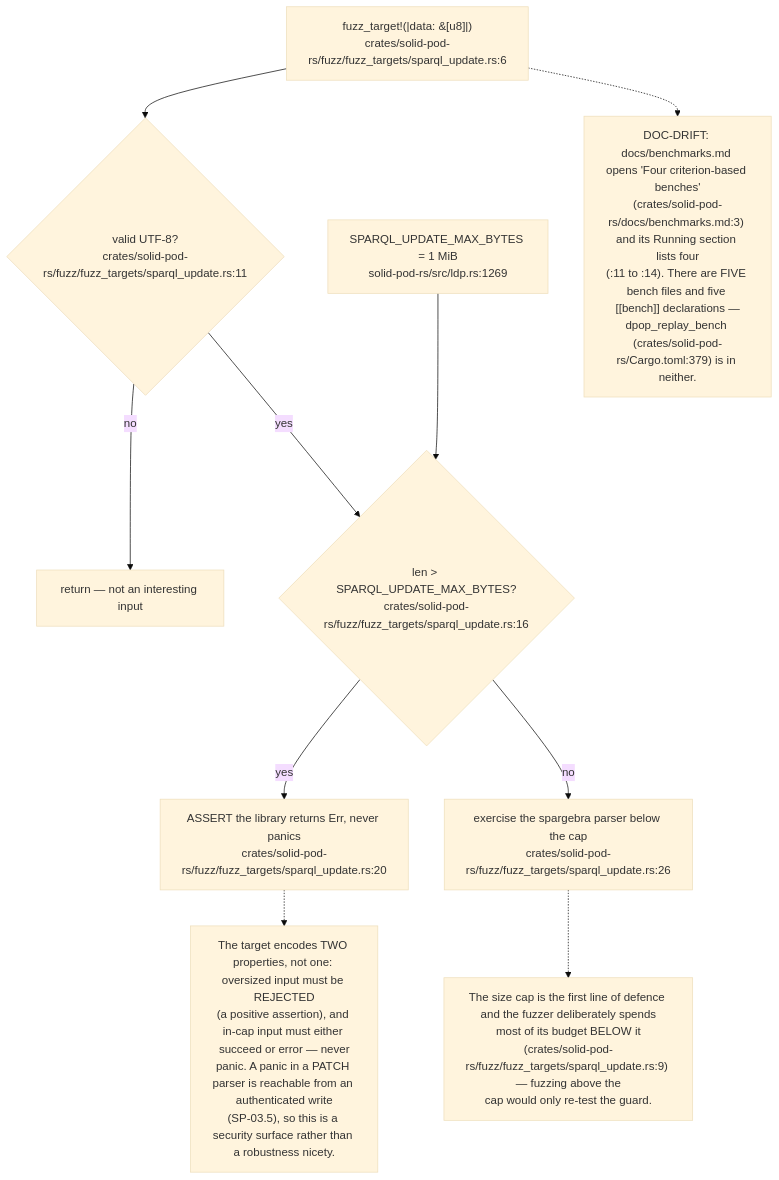
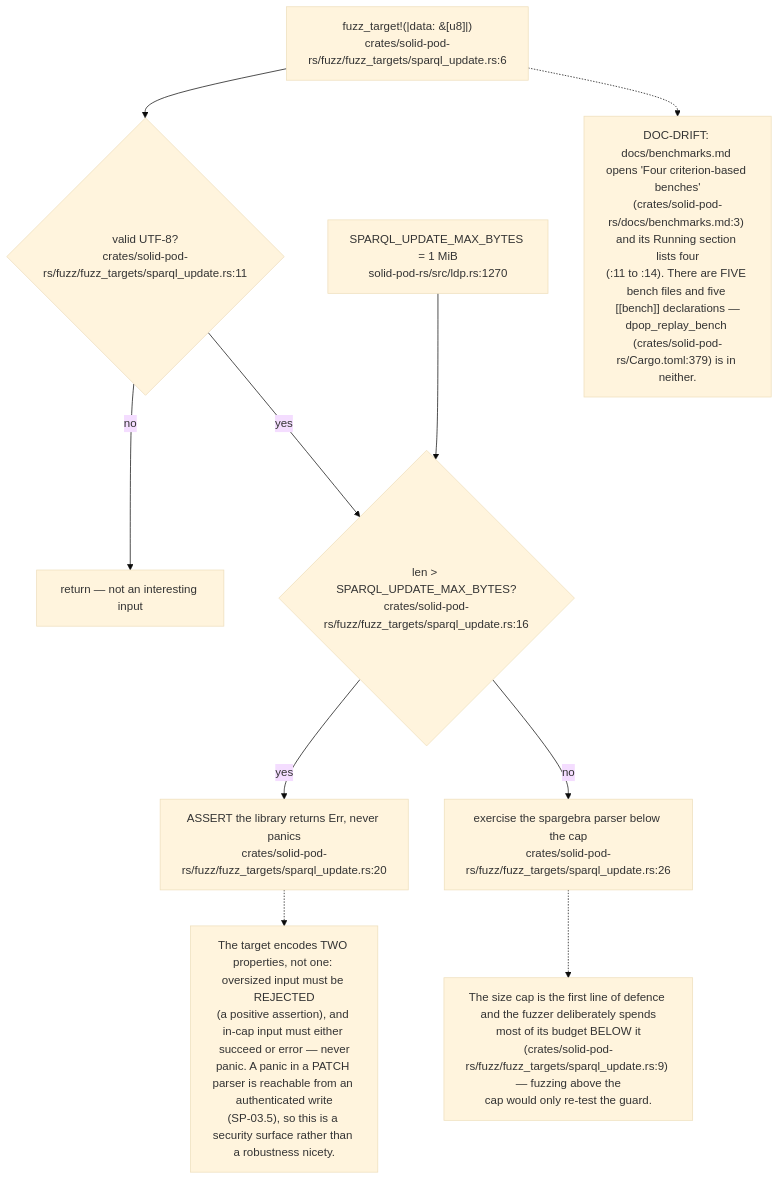
One commit to DreamLab-AI/VisionFlow changed the ninth of 9 diagrams in docs/diagrams/solid-pod-rs/09-ci-release-and-consumer-pins.md. Above: the diagram before and after it, drawn with Mermaid (base theme). The commit also changed other lines of this file and 145 other files, not shown here.

````diff
--- a/docs/diagrams/solid-pod-rs/09-ci-release-and-consumer-pins.md
+++ b/docs/diagrams/solid-pod-rs/09-ci-release-and-consumer-pins.md
@@ -302,24 +302,24 @@
 ```mermaid
 flowchart TD
     IN["fuzz_target!(|data: &[u8]|)<br/>crates/solid-pod-rs/fuzz/fuzz_targets/sparql_update.rs:6"]
     UTF{"valid UTF-8?<br/>crates/solid-pod-rs/fuzz/fuzz_targets/sparql_update.rs:11"}
     SKIP["return — not an interesting input"]
     CAP{"len > SPARQL_UPDATE_MAX_BYTES?<br/>crates/solid-pod-rs/fuzz/fuzz_targets/sparql_update.rs:16"}
     ASSERT["ASSERT the library returns Err, never panics<br/>crates/solid-pod-rs/fuzz/fuzz_targets/sparql_update.rs:20"]
     PARSE["exercise the spargebra parser below the cap<br/>crates/solid-pod-rs/fuzz/fuzz_targets/sparql_update.rs:26"]
-    LIM["SPARQL_UPDATE_MAX_BYTES = 1 MiB<br/>solid-pod-rs/src/ldp.rs:1269"]
+    LIM["SPARQL_UPDATE_MAX_BYTES = 1 MiB<br/>solid-pod-rs/src/ldp.rs:1270"]
 
     IN --> UTF
     UTF -- no --> SKIP
     UTF -- yes --> CAP
     CAP -- yes --> ASSERT
     CAP -- no --> PARSE
     LIM --> CAP
 
     N["The target encodes TWO properties, not one: oversized input must be REJECTED<br/>(a positive assertion), and in-cap input must either succeed or error — never<br/>panic. A panic in a PATCH parser is reachable from an authenticated write<br/>(SP-03.5), so this is a security surface rather than a robustness nicety."]
     ASSERT -.-> N
     N2["The size cap is the first line of defence and the fuzzer deliberately spends<br/>most of its budget BELOW it<br/>(crates/solid-pod-rs/fuzz/fuzz_targets/sparql_update.rs:9) — fuzzing above the<br/>cap would only re-test the guard."]
     PARSE -.-> N2
     N3["DOC-DRIFT: docs/benchmarks.md opens 'Four criterion-based benches'<br/>(crates/solid-pod-rs/docs/benchmarks.md:3) and its Running section lists four<br/>(:11 to :14). There are FIVE bench files and five [[bench]] declarations —<br/>dpop_replay_bench (crates/solid-pod-rs/Cargo.toml:379) is in neither."]
     IN -.-> N3
 ```
````
